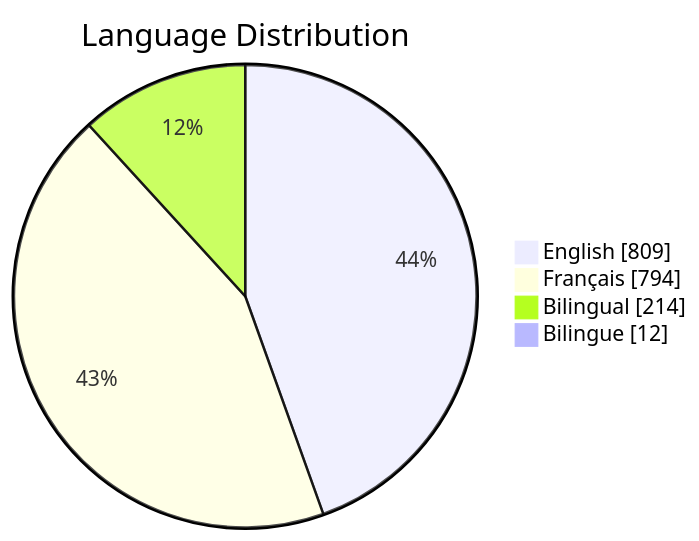
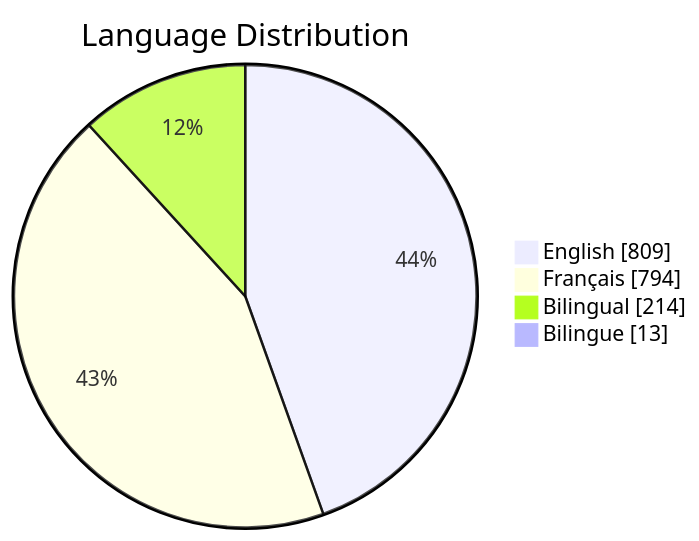
The third of 6 diagrams in README.md (PatLittle/GC-Socials), drawn with Mermaid before and after one commit. The commit also changed other lines of this file, not shown here.

Commit message:
Update README with Platform Distribution pie chart

````diff
--- a/README.md
+++ b/README.md
@@ -65,7 +65,7 @@
 ```mermaid
 pie showData title Language Distribution
     "English": 809
     "Français": 794
     "Bilingual": 214
-    "Bilingue": 12
+    "Bilingue": 13
 ```
````
